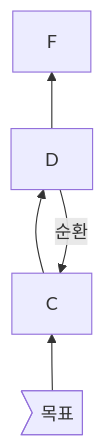
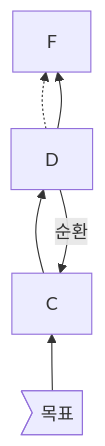
One commit to Wonsoox/Tutorial_GithubTutorial changed the second of 2 diagrams in Tetris_Mermaid.md. Above: the diagram before and after it, drawn with Mermaid.

````diff
--- a/Tetris_Mermaid.md
+++ b/Tetris_Mermaid.md
@@ -7,7 +7,8 @@
 ```mermaid
 flowchart BT
     C --> D
     D -- 순환 --> C
+    D -.-> F
     D --> F
     G>목표] --> C
 ```
````
